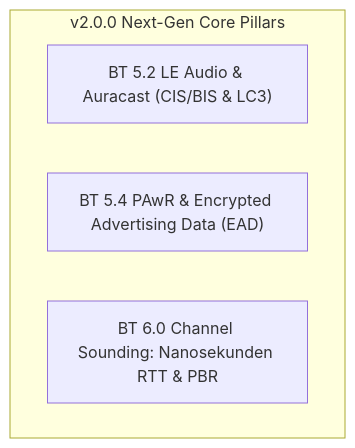
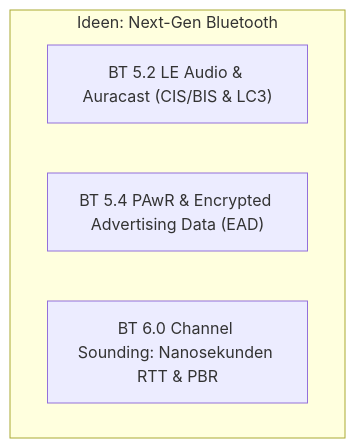
Before and after one commit to AritoUser/Zig-BLE: the ninth of 10 diagrams in docs/BLE_ROADMAP_AND_EXTENSIONS.md, drawn with Mermaid. The commit also changed other lines of this file and 6 other files, not shown here.

First line of the commit message:
docs: remove device names, align the roadmap with V2_BLOCKERS

````diff
--- a/docs/BLE_ROADMAP_AND_EXTENSIONS.md
+++ b/docs/BLE_ROADMAP_AND_EXTENSIONS.md
@@ -605,8 +606,8 @@
 ```mermaid
 graph TD
-    subgraph "v2.0.0 Next-Gen Core Pillars"
+    subgraph "Ideen: Next-Gen Bluetooth"
         Audio["BT 5.2 LE Audio & Auracast (CIS/BIS & LC3)"]
         PAwR["BT 5.4 PAwR & Encrypted Advertising Data (EAD)"]
         CS["BT 6.0 Channel Sounding: Nanosekunden RTT & PBR"]
     end
 ```
````
